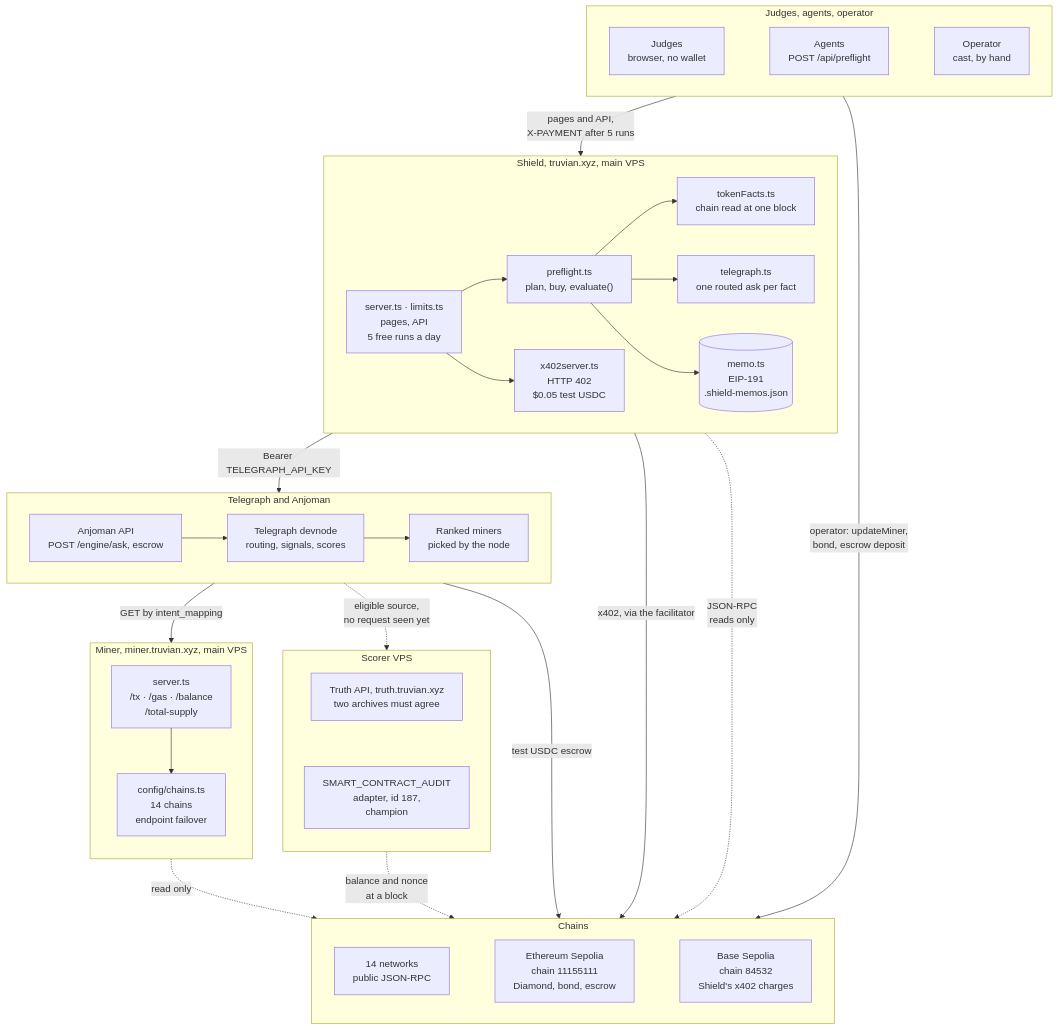
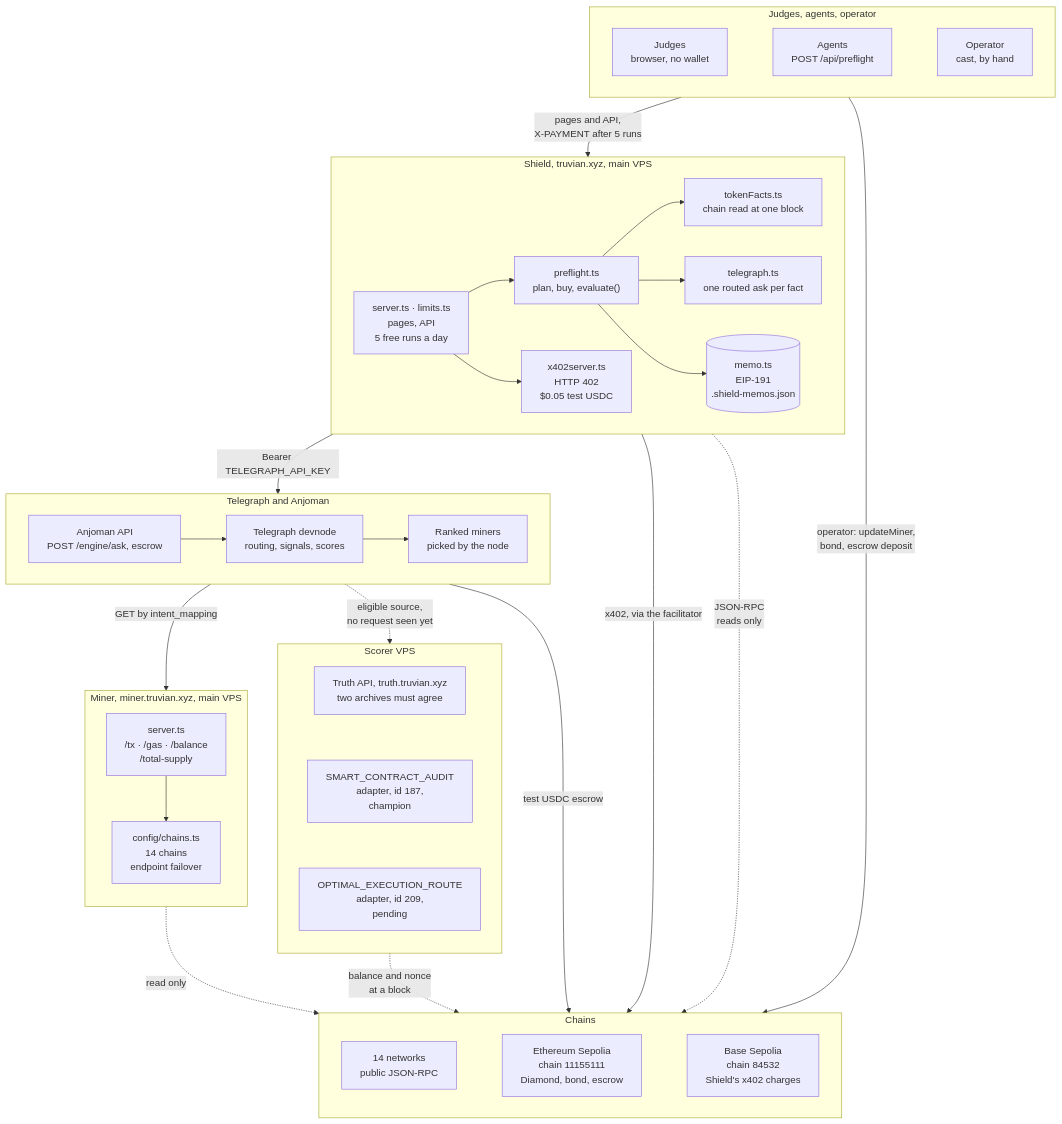
The first of 7 diagrams in README.md (mrnetwork0001/Truvian), drawn with Mermaid before and after one commit. The commit also changed other lines of this file and 1 other file, not shown here.

First line of the commit message:
docs: model comparison and the second adapter in README and evaluator docs

````diff
--- a/README.md
+++ b/README.md
@@ -107,63 +109,65 @@
 ```mermaid
 flowchart TB
   subgraph People["Judges, agents, operator"]
     direction LR
     JUDGE["Judges<br/>browser, no wallet"]
     AGENT["Agents<br/>POST /api/preflight"]
     OPER["Operator<br/>cast, by hand"]
     JUDGE ~~~ AGENT ~~~ OPER
   end
 
   subgraph Shield["Shield, truvian.xyz, main VPS"]
     direction LR
     API["server.ts · limits.ts<br/>pages, API<br/>5 free runs a day"]
     PRE["preflight.ts<br/>plan, buy, evaluate()"]
     X402["x402server.ts<br/>HTTP 402<br/>$0.05 test USDC"]
     FACTS["tokenFacts.ts<br/>chain read at one block"]
     TG["telegraph.ts<br/>one routed ask per fact"]
     MEMO[("memo.ts<br/>EIP-191<br/>.shield-memos.json")]
     API --> PRE & X402
     PRE --> FACTS & TG & MEMO
   end
 
   subgraph Telegraph["Telegraph and Anjoman"]
     direction LR
     ANJ["Anjoman API<br/>POST /engine/ask, escrow"]
     NODE["Telegraph devnode<br/>routing, signals, scores"]
     RANKED["Ranked miners<br/>picked by the node"]
     ANJ --> NODE --> RANKED
   end
 
   subgraph Miner["Miner, miner.truvian.xyz, main VPS"]
     direction TB
     ROUTES["server.ts<br/>/tx · /gas · /balance<br/>/total-supply"]
     REG["config/chains.ts<br/>14 chains<br/>endpoint failover"]
     ROUTES --> REG
   end
 
   subgraph Scorer["Scorer VPS"]
     direction TB
     TRUTH["Truth API, truth.truvian.xyz<br/>two archives must agree"]
     ADAPT["SMART_CONTRACT_AUDIT<br/>adapter, id 187,<br/>champion"]
+    ADAPT2["OPTIMAL_EXECUTION_ROUTE<br/>adapter, id 209,<br/>pending"]
     TRUTH ~~~ ADAPT
+    ADAPT ~~~ ADAPT2
   end
 
   subgraph Chains["Chains"]
     direction LR
     MAIN["14 networks<br/>public JSON-RPC"]
     SEP["Ethereum Sepolia<br/>chain 11155111<br/>Diamond, bond, escrow"]
     BSEP["Base Sepolia<br/>chain 84532<br/>Shield's x402 charges"]
     MAIN ~~~ SEP ~~~ BSEP
   end
 
   People -- "pages and API,<br/>X-PAYMENT after 5 runs" --> Shield
   Shield -- "Bearer TELEGRAPH_API_KEY" --> Telegraph
   Telegraph -- "GET by intent_mapping" --> Miner
   Telegraph -. "eligible source,<br/>no request seen yet" .-> Scorer
   Miner -. "read only" .-> Chains
   Scorer -. "balance and nonce<br/>at a block" .-> Chains
   Telegraph -- "test USDC escrow" --> Chains
   Shield -- "x402, via the facilitator" --> Chains
   People -- "operator: updateMiner,<br/>bond, escrow deposit" --> Chains
   Shield -. "JSON-RPC<br/>reads only" .-> Chains
 ```
````
